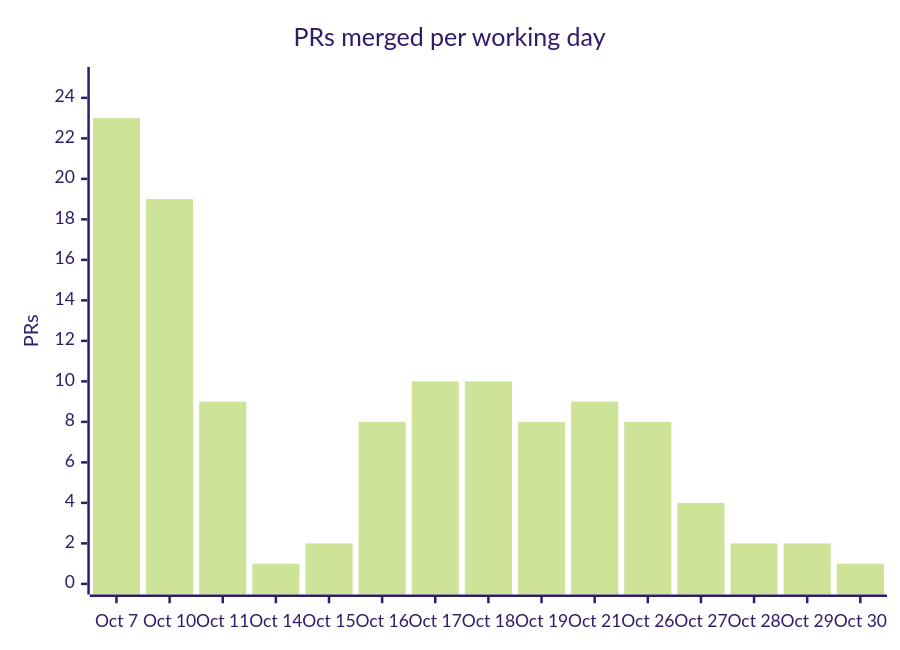
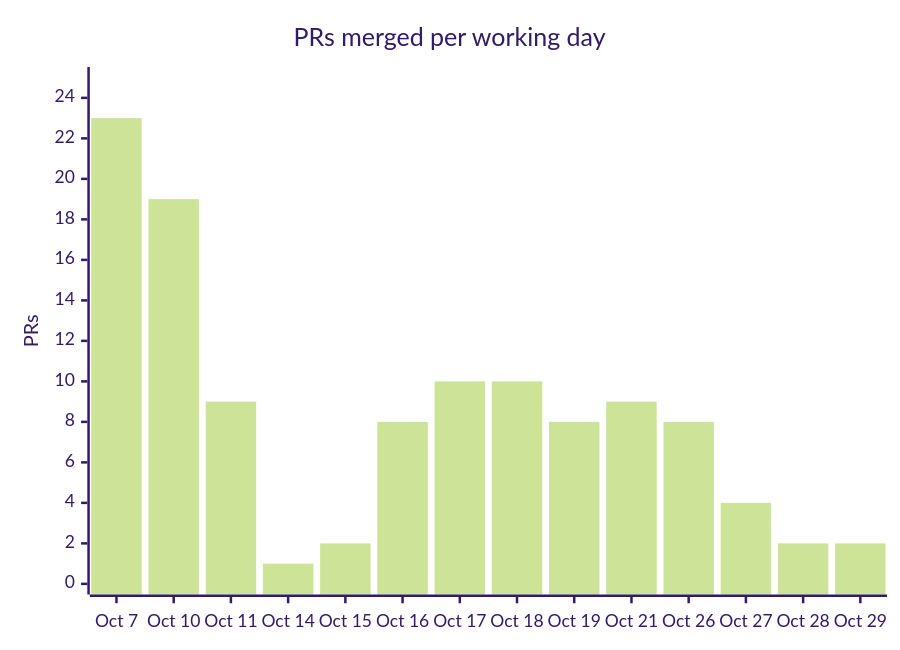
The fourth of 7 diagrams in docs/OVERVIEW.md (cmprssd/swjkja), drawn with Mermaid (forest theme) before and after one commit. The commit also changed other lines of this file and 12 other files, not shown here.

````diff
--- a/docs/OVERVIEW.md
+++ b/docs/OVERVIEW.md
@@ -166,7 +166,7 @@
 ```mermaid
 xychart-beta
     title "PRs merged per working day"
-    x-axis ["Oct 7", "Oct 10", "Oct 11", "Oct 14", "Oct 15", "Oct 16", "Oct 17", "Oct 18", "Oct 19", "Oct 21", "Oct 26", "Oct 27", "Oct 28", "Oct 29", "Oct 30"]
+    x-axis ["Oct 7", "Oct 10", "Oct 11", "Oct 14", "Oct 15", "Oct 16", "Oct 17", "Oct 18", "Oct 19", "Oct 21", "Oct 26", "Oct 27", "Oct 28", "Oct 29"]
     y-axis "PRs" 0 --> 25
-    bar [23, 19, 9, 1, 2, 8, 10, 10, 8, 9, 8, 4, 2, 2, 1]
+    bar [23, 19, 9, 1, 2, 8, 10, 10, 8, 9, 8, 4, 2, 2]
 ```
````
